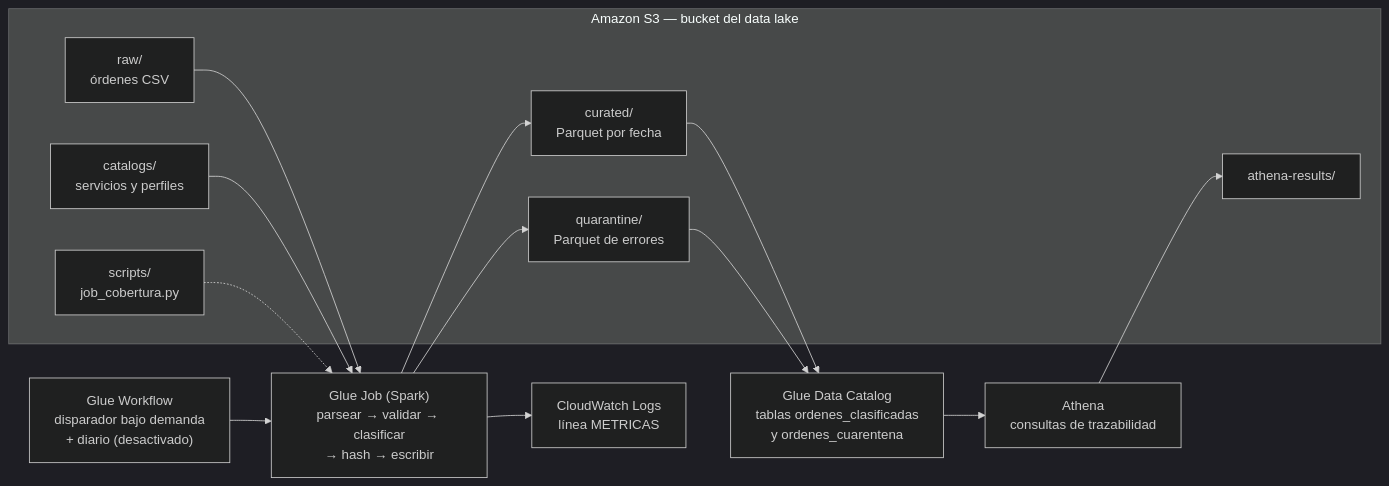
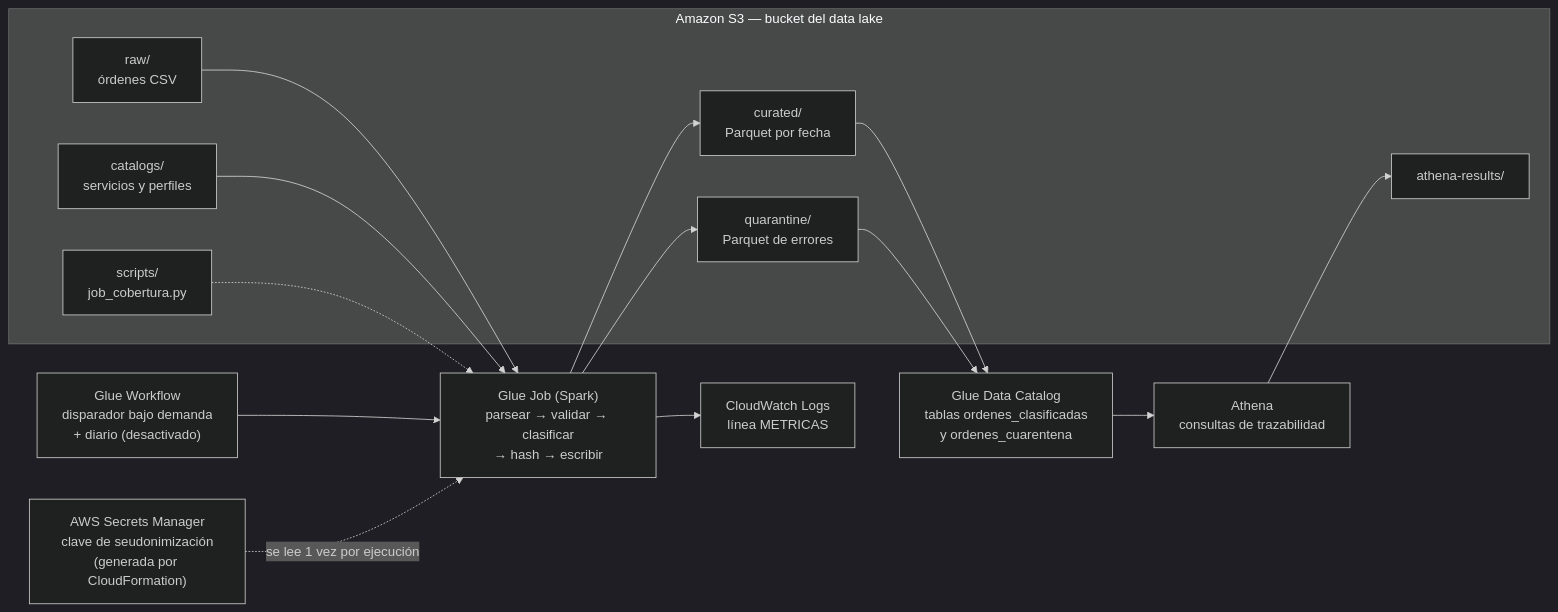
The diagram in docs/arquitectura.md (nickmen1201/arquitectura_proyecto_final), drawn with Mermaid (dark theme) before and after one commit. The commit also changed other lines of this file and 3 other files, not shown here.

Commit message:
Identificador del paciente con HMAC-SHA-256 y clave guardada en AWS Secrets Manager

````diff
--- a/docs/arquitectura.md
+++ b/docs/arquitectura.md
@@ -7,24 +7,25 @@
 ```mermaid
 flowchart LR
     subgraph S3["Amazon S3 — bucket del data lake"]
         RAW["raw/<br/>órdenes CSV"]
         CAT["catalogs/<br/>servicios y perfiles"]
         SCR["scripts/<br/>job_cobertura.py"]
         CUR["curated/<br/>Parquet por fecha"]
         QUA["quarantine/<br/>Parquet de errores"]
         ATH["athena-results/"]
     end
 
     WF["Glue Workflow<br/>disparador bajo demanda<br/>+ diario (desactivado)"] --> JOB
     JOB["Glue Job (Spark)<br/>parsear → validar → clasificar<br/>→ hash → escribir"]
+    SM["AWS Secrets Manager<br/>clave de seudonimización<br/>(generada por CloudFormation)"] -.->|"se lee 1 vez por ejecución"| JOB
     RAW --> JOB
     CAT --> JOB
     SCR -.-> JOB
     JOB --> CUR
     JOB --> QUA
     JOB --> CW["CloudWatch Logs<br/>línea METRICAS"]
     CUR --> GDC["Glue Data Catalog<br/>tablas ordenes_clasificadas<br/>y ordenes_cuarentena"]
     QUA --> GDC
     GDC --> AT["Athena<br/>consultas de trazabilidad"]
     AT --> ATH
 ```
````
